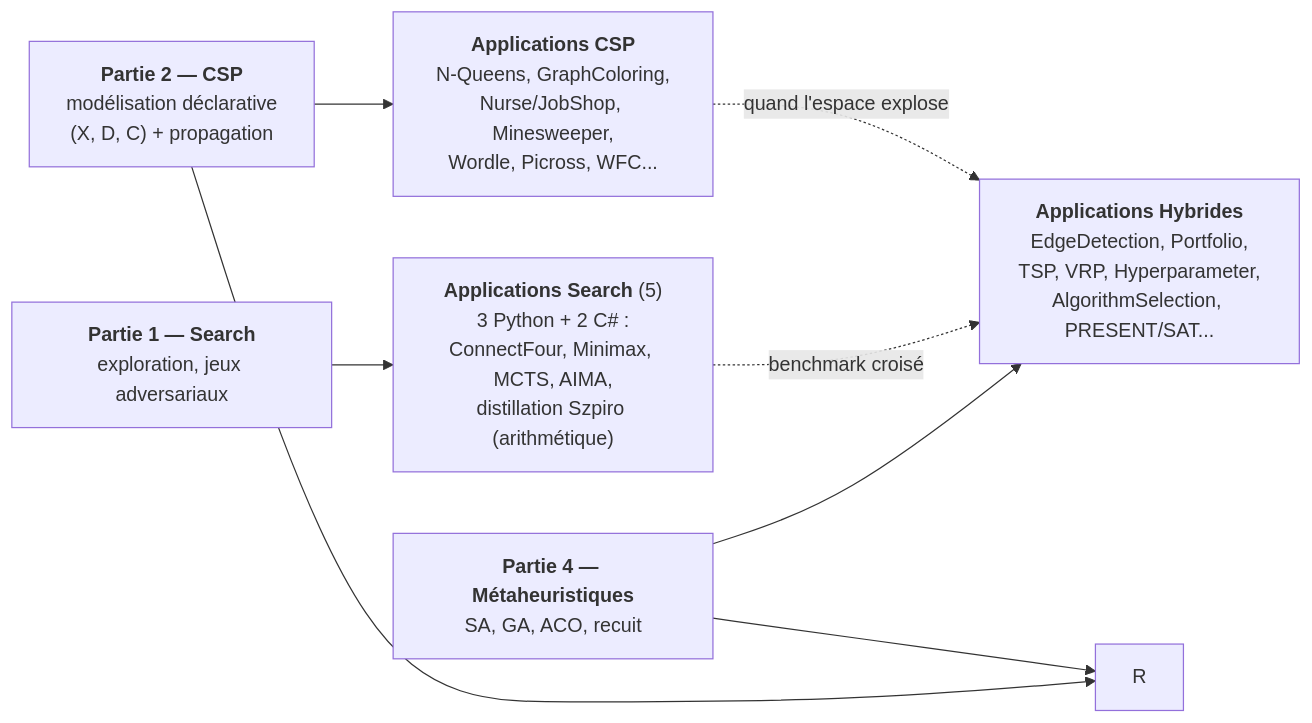
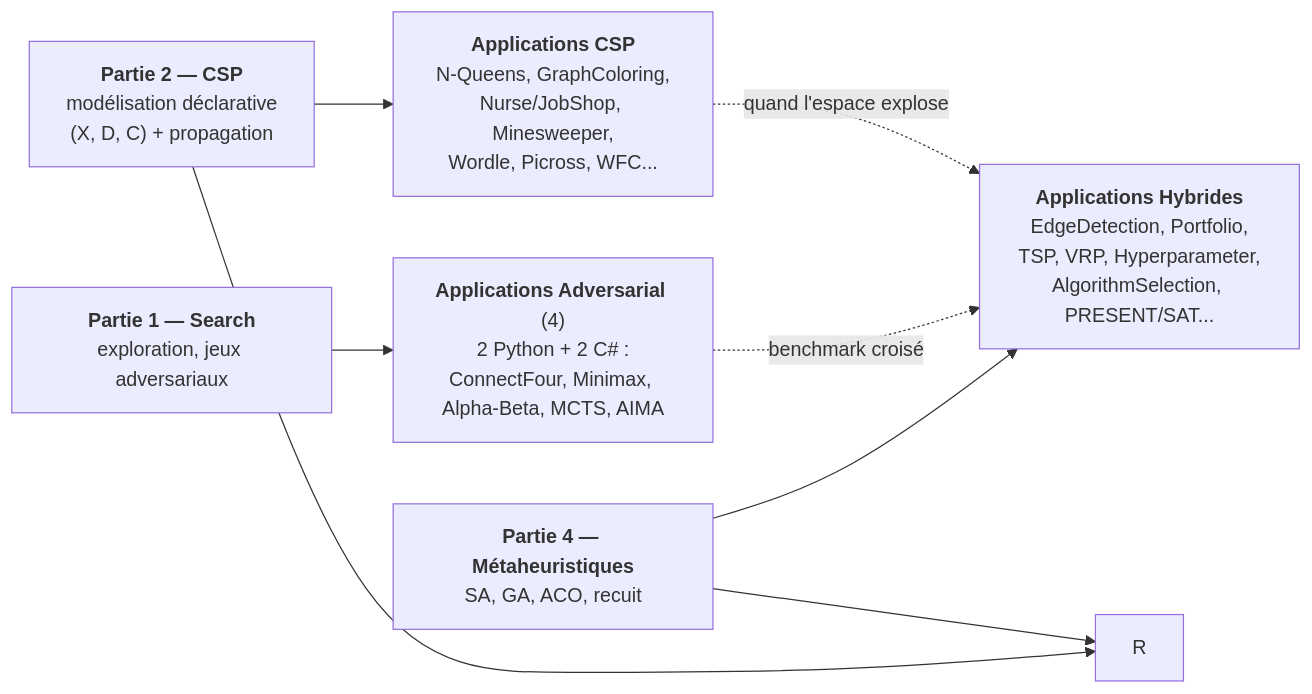
One commit to jsboige/CoursIA changed the diagram in MyIA.AI.Notebooks/Search/Applications/README.md. Above: the diagram before and after it, drawn with Mermaid. The commit also changed other lines of this file and 15 other files, not shown here.

First line of the commit message:
docs(search,#19254): tranche 2 -- bucket Adversarial + regle d'admission, Szpiro au slot Search-09g

````diff
--- a/MyIA.AI.Notebooks/Search/Applications/README.md
+++ b/MyIA.AI.Notebooks/Search/Applications/README.md
@@ -39,16 +41,16 @@
 ```mermaid
 flowchart LR
     P1["<b>Partie 1 — Search</b><br/>exploration, jeux adversariaux"]
     P2["<b>Partie 2 — CSP</b><br/>modélisation déclarative<br/>(X, D, C) + propagation"]
     P4["<b>Partie 4 — Métaheuristiques</b><br/>SA, GA, ACO, recuit"]
-    S["<b>Applications Search</b> (5)<br/>3 Python + 2 C# :<br/>ConnectFour, Minimax, MCTS, AIMA,<br/>distillation Szpiro (arithmétique)"]
+    A["<b>Applications Adversarial</b> (4)<br/>2 Python + 2 C# :<br/>ConnectFour, Minimax, Alpha-Beta, MCTS, AIMA"]
     C["<b>Applications CSP</b><br/>N-Queens, GraphColoring,<br/>Nurse/JobShop, Minesweeper,<br/>Wordle, Picross, WFC..."]
     H["<b>Applications Hybrides</b><br/>EdgeDetection, Portfolio,<br/>TSP, VRP, Hyperparameter,<br/>AlgorithmSelection, PRESENT/SAT..."]
-    P1 --> S
+    P1 --> A
     P2 --> C
     P4 --> H
     P2 --> R
     P4 --> R
-    S -.->|"benchmark croisé"| H
+    A -.->|"benchmark croisé"| H
     C -.->|"quand l'espace explose"| H
 ```
````
